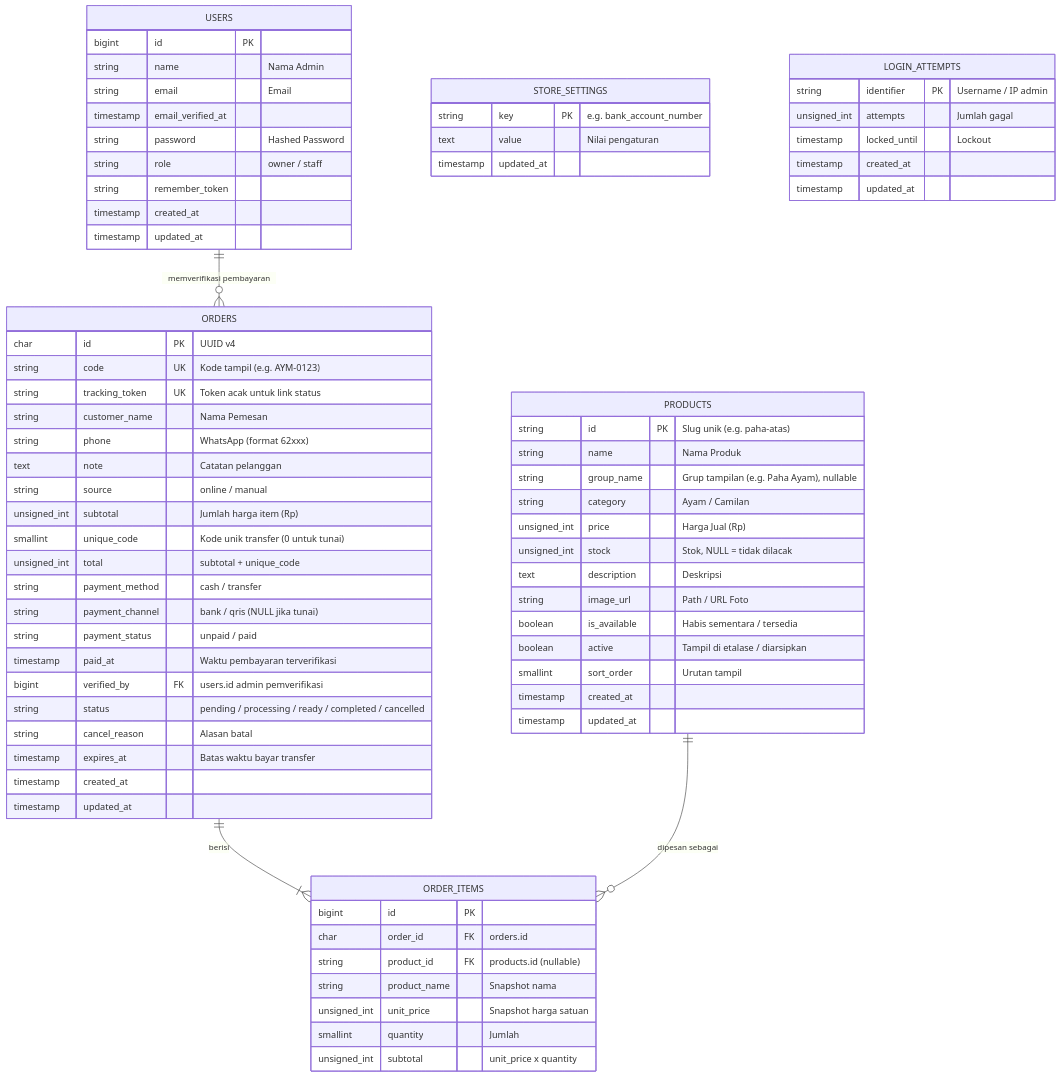
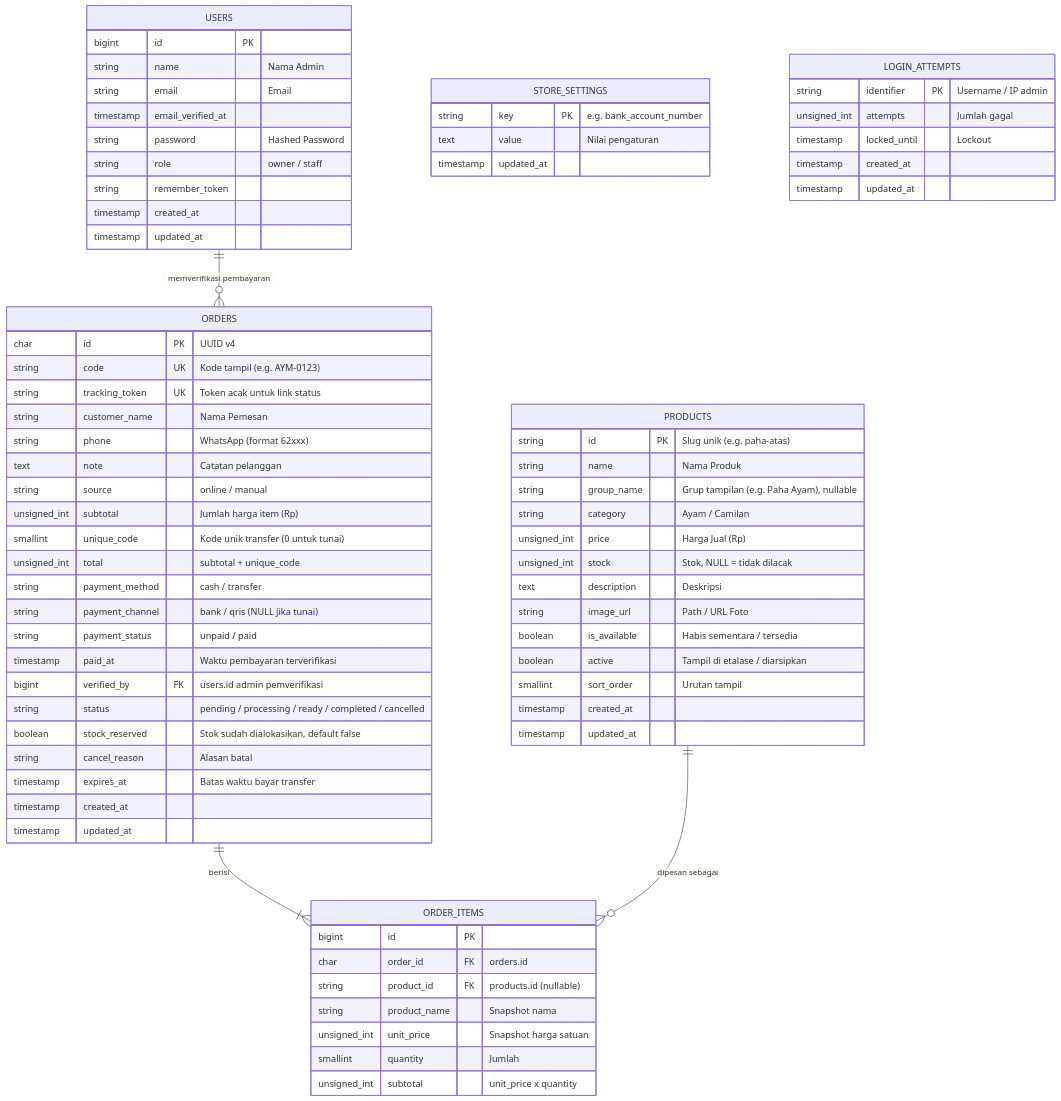
One commit to MPPL01022026/Kelompok-17 changed the first of 2 diagrams in docs/requirements/database.md. Above: the diagram before and after it, drawn with Mermaid. The commit also changed other lines of this file and 13 other files, not shown here.

Commit message:
fix: storefront, order processing for race condition and stock problem, and database schemas

````diff
--- a/docs/requirements/database.md
+++ b/docs/requirements/database.md
@@ -9,81 +23,82 @@
 ```mermaid
 erDiagram
     USERS ||--o{ ORDERS : "memverifikasi pembayaran"
     ORDERS ||--|{ ORDER_ITEMS : "berisi"
     PRODUCTS ||--o{ ORDER_ITEMS : "dipesan sebagai"
 
     PRODUCTS {
         string id PK "Slug unik (e.g. paha-atas)"
         string name "Nama Produk"
         string group_name "Grup tampilan (e.g. Paha Ayam), nullable"
         string category "Ayam / Camilan"
         unsigned_int price "Harga Jual (Rp)"
         unsigned_int stock "Stok, NULL = tidak dilacak"
         text description "Deskripsi"
         string image_url "Path / URL Foto"
         boolean is_available "Habis sementara / tersedia"
         boolean active "Tampil di etalase / diarsipkan"
         smallint sort_order "Urutan tampil"
         timestamp created_at
         timestamp updated_at
     }
 
     ORDERS {
         char id PK "UUID v4"
         string code UK "Kode tampil (e.g. AYM-0123)"
         string tracking_token UK "Token acak untuk link status"
         string customer_name "Nama Pemesan"
         string phone "WhatsApp (format 62xxx)"
         text note "Catatan pelanggan"
         string source "online / manual"
         unsigned_int subtotal "Jumlah harga item (Rp)"
         smallint unique_code "Kode unik transfer (0 untuk tunai)"
         unsigned_int total "subtotal + unique_code"
         string payment_method "cash / transfer"
         string payment_channel "bank / qris (NULL jika tunai)"
         string payment_status "unpaid / paid"
         timestamp paid_at "Waktu pembayaran terverifikasi"
         bigint verified_by FK "users.id admin pemverifikasi"
         string status "pending / processing / ready / completed / cancelled"
+        boolean stock_reserved "Stok sudah dialokasikan, default false"
         string cancel_reason "Alasan batal"
         timestamp expires_at "Batas waktu bayar transfer"
         timestamp created_at
         timestamp updated_at
     }
 
     ORDER_ITEMS {
         bigint id PK
         char order_id FK "orders.id"
         string product_id FK "products.id (nullable)"
         string product_name "Snapshot nama"
         unsigned_int unit_price "Snapshot harga satuan"
         smallint quantity "Jumlah"
         unsigned_int subtotal "unit_price x quantity"
     }
 
     STORE_SETTINGS {
         string key PK "e.g. bank_account_number"
         text value "Nilai pengaturan"
         timestamp updated_at
     }
 
     LOGIN_ATTEMPTS {
         string identifier PK "Username / IP admin"
         unsigned_int attempts "Jumlah gagal"
         timestamp locked_until "Lockout"
         timestamp created_at
         timestamp updated_at
     }
 
     USERS {
         bigint id PK
         string name "Nama Admin"
         string email "Email"
         timestamp email_verified_at
         string password "Hashed Password"
         string role "owner / staff"
         string remember_token
         timestamp created_at
         timestamp updated_at
     }
 ```
````
